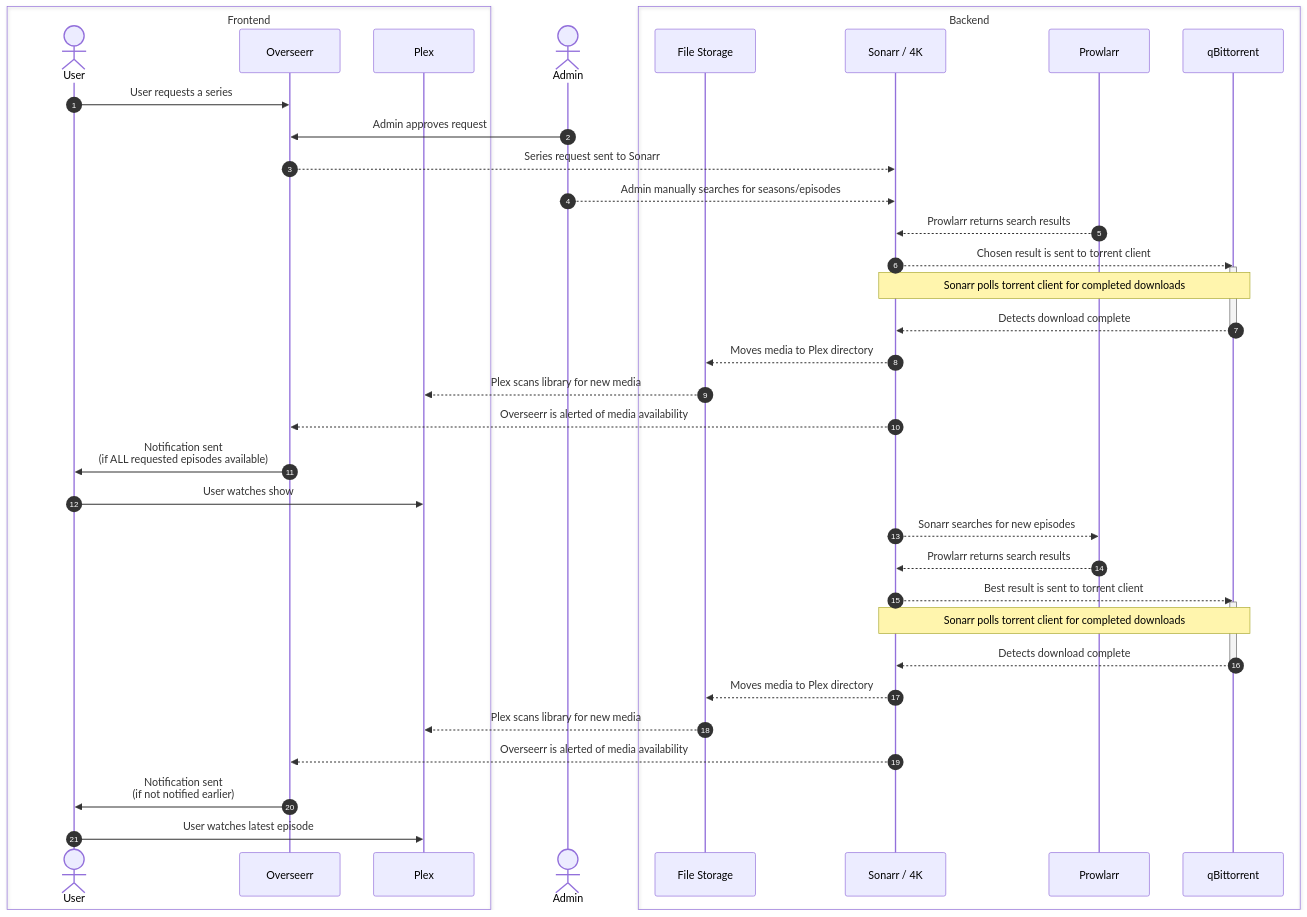
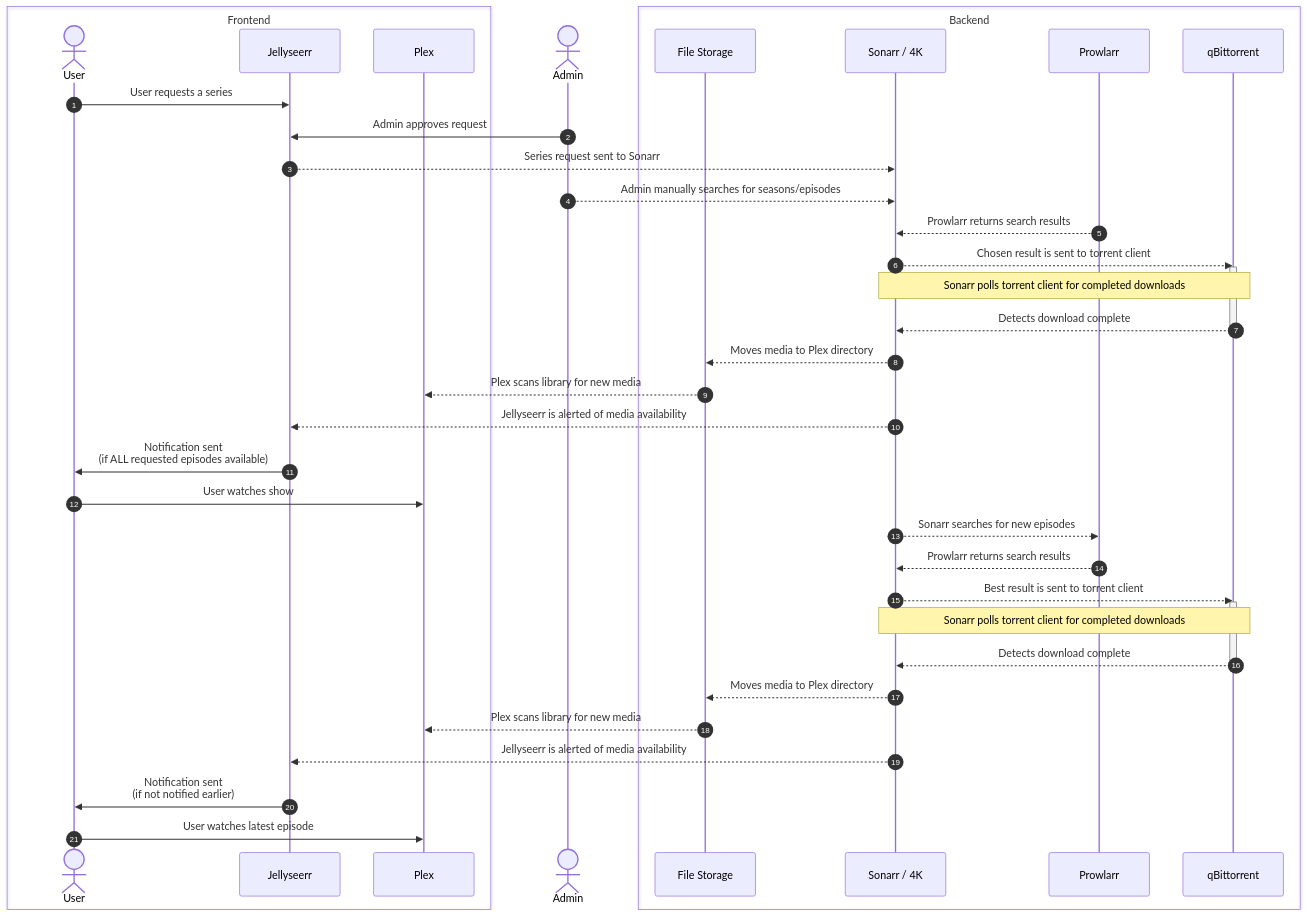
One commit to drewstopherlee/plex-docs changed the second of 2 diagrams in docs/info-for-nerds.md. Above: the diagram before and after it, drawn with Mermaid. The commit also changed other lines of this file and 10 other files, not shown here.

````diff
--- a/docs/info-for-nerds.md
+++ b/docs/info-for-nerds.md
@@ -78,43 +78,43 @@
 ```mermaid
 sequenceDiagram
   autonumber
   box Frontend
   actor User
-  participant Overseerr
+  participant Jellyseerr
   participant Plex
   end
   actor Admin
   box Backend
   participant File Storage
   participant Sonarr / 4K
   participant Prowlarr
   participant qBittorrent
   end
-  User->>Overseerr: User requests a series
-  Admin->>Overseerr: Admin approves request
-  Overseerr-->>Sonarr / 4K: Series request sent to Sonarr
+  User->>Jellyseerr: User requests a series
+  Admin->>Jellyseerr: Admin approves request
+  Jellyseerr-->>Sonarr / 4K: Series request sent to Sonarr
   Admin-->>Sonarr / 4K: Admin manually searches for seasons/episodes
   Prowlarr-->>Sonarr / 4K: Prowlarr returns search results
   Sonarr / 4K-->>qBittorrent: Chosen result is sent to torrent client
   activate qBittorrent
   Note over qBittorrent,Sonarr / 4K: Sonarr polls torrent client for completed downloads
   qBittorrent-->>Sonarr / 4K: Detects download complete
   deactivate qBittorrent
   Sonarr / 4K-->>File Storage: Moves media to Plex directory
   File Storage-->>Plex: Plex scans library for new media
-  Sonarr / 4K-->>Overseerr: Overseerr is alerted of media availability
-  Overseerr->>User: Notification sent<br/>(if ALL requested episodes available)
+  Sonarr / 4K-->>Jellyseerr: Jellyseerr is alerted of media availability
+  Jellyseerr->>User: Notification sent<br/>(if ALL requested episodes available)
   User->>Plex: User watches show
   Sonarr / 4K-->>Prowlarr: Sonarr searches for new episodes
   Prowlarr-->>Sonarr / 4K: Prowlarr returns search results
   Sonarr / 4K-->>qBittorrent: Best result is sent to torrent client
   activate qBittorrent
   Note over qBittorrent,Sonarr / 4K: Sonarr polls torrent client for completed downloads
   qBittorrent-->>Sonarr / 4K: Detects download complete
   deactivate qBittorrent
   Sonarr / 4K-->>File Storage: Moves media to Plex directory
   File Storage-->>Plex: Plex scans library for new media
-  Sonarr / 4K-->>Overseerr: Overseerr is alerted of media availability
-  Overseerr->>User: Notification sent<br/>(if not notified earlier)
+  Sonarr / 4K-->>Jellyseerr: Jellyseerr is alerted of media availability
+  Jellyseerr->>User: Notification sent<br/>(if not notified earlier)
   User->>Plex: User watches latest episode
 ```
````
